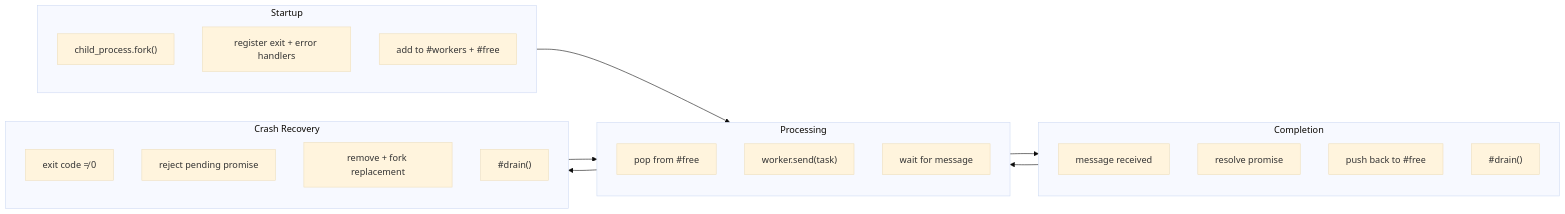
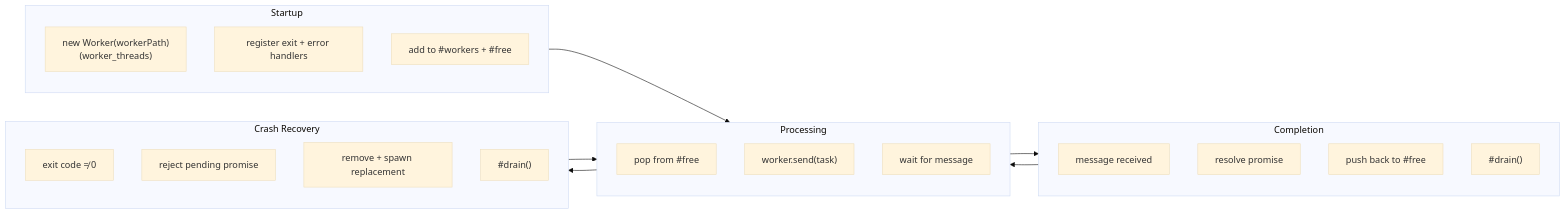
One commit to Arham-Qureshi/codebase-vis changed diagram 12 of 13 in ARCHITECTURE/utils.md. Above: the diagram before and after it, drawn with Mermaid (base theme). The commit also changed other lines of this file, not shown here.

Commit message:
docs: update utils — worker_threads, index-based drain

````diff
--- a/ARCHITECTURE/utils.md
+++ b/ARCHITECTURE/utils.md
@@ -314,34 +314,34 @@
 ```mermaid
 flowchart LR
     subgraph startup["Startup"]
-        FORK["child_process.fork()"]
+        FORK["new Worker(workerPath)<br/>(worker_threads)"]
         REG["register exit + error handlers"]
         PUSH["add to #workers + #free"]
     end
 
     subgraph busy["Processing"]
         POP_FREE["pop from #free"]
         SEND_TASK["worker.send(task)"]
         WAIT["wait for message"]
     end
 
     subgraph done["Completion"]
         MSG["message received"]
         RESOLVE_P["resolve promise"]
         PUSH_FREE["push back to #free"]
         DRAIN_Q["#drain()"]
     end
 
     subgraph crash["Crash Recovery"]
         EXIT["exit code ≠ 0"]
         REJECT_P["reject pending promise"]
-        REPLACE_FN["remove + fork replacement"]
+        REPLACE_FN["remove + spawn replacement"]
         DRAIN_Q2["#drain()"]
     end
 
     startup --> busy
     busy --> done
     busy --> crash
     done --> busy
     crash --> busy
 ```
````
